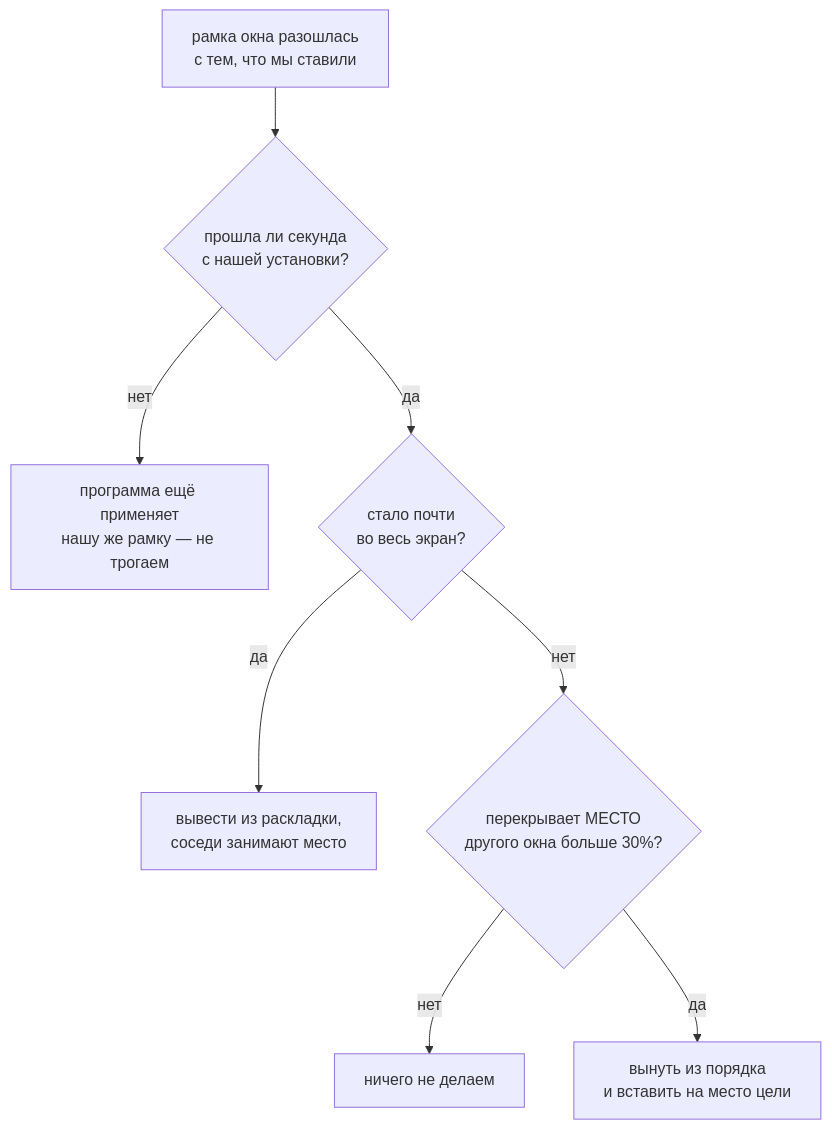
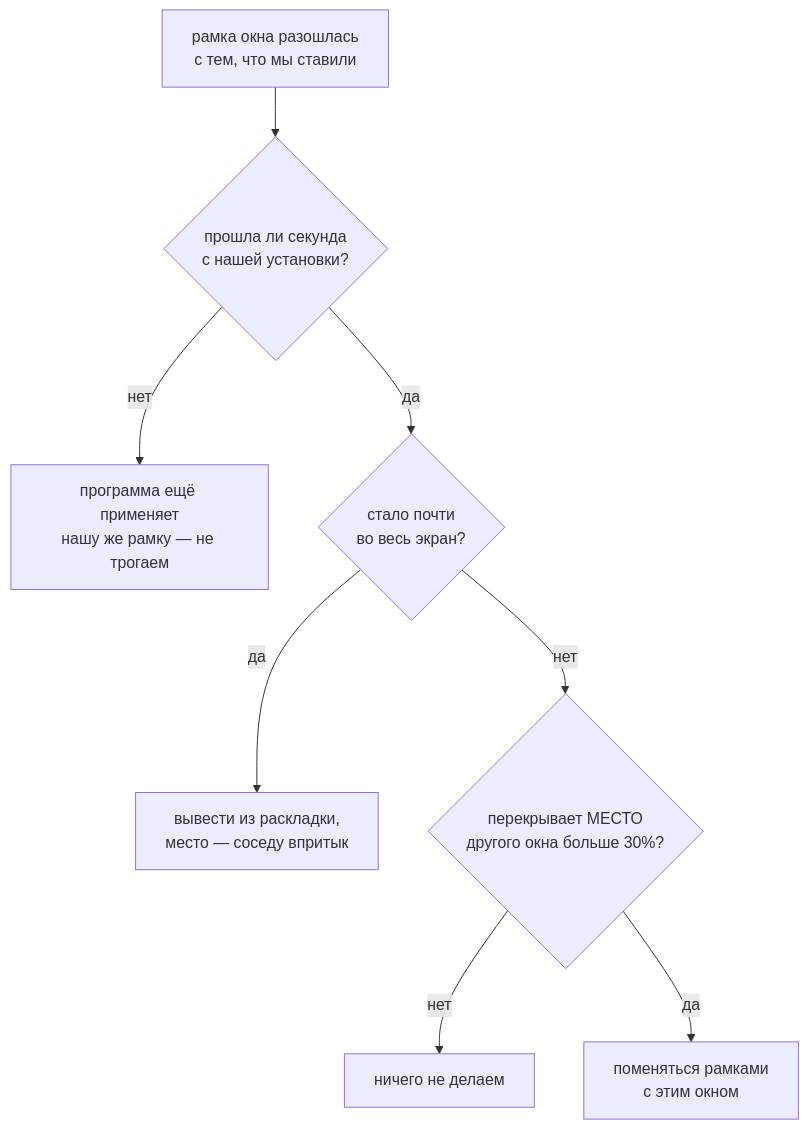
Before and after one commit to asmithdots-debug/wincycle: the fourth of 4 diagrams in DESIGN.md, drawn with Mermaid. The commit also changed other lines of this file and 2 other files, not shown here.

````diff
--- a/DESIGN.md
+++ b/DESIGN.md
@@ -172,10 +173,10 @@
 ```mermaid
 flowchart TD
     A["рамка окна разошлась<br/>с тем, что мы ставили"] --> B{"прошла ли секунда<br/>с нашей установки?"}
     B -- "нет" --> C["программа ещё применяет<br/>нашу же рамку — не трогаем"]
     B -- "да" --> D{"стало почти<br/>во весь экран?"}
-    D -- "да" --> E["вывести из раскладки,<br/>соседи занимают место"]
+    D -- "да" --> E["вывести из раскладки,<br/>место — соседу впритык"]
     D -- "нет" --> F{"перекрывает МЕСТО<br/>другого окна больше 30%?"}
     F -- "нет" --> G["ничего не делаем"]
-    F -- "да" --> H["вынуть из порядка<br/>и вставить на место цели"]
+    F -- "да" --> H["поменяться рамками<br/>с этим окном"]
 ```
````
